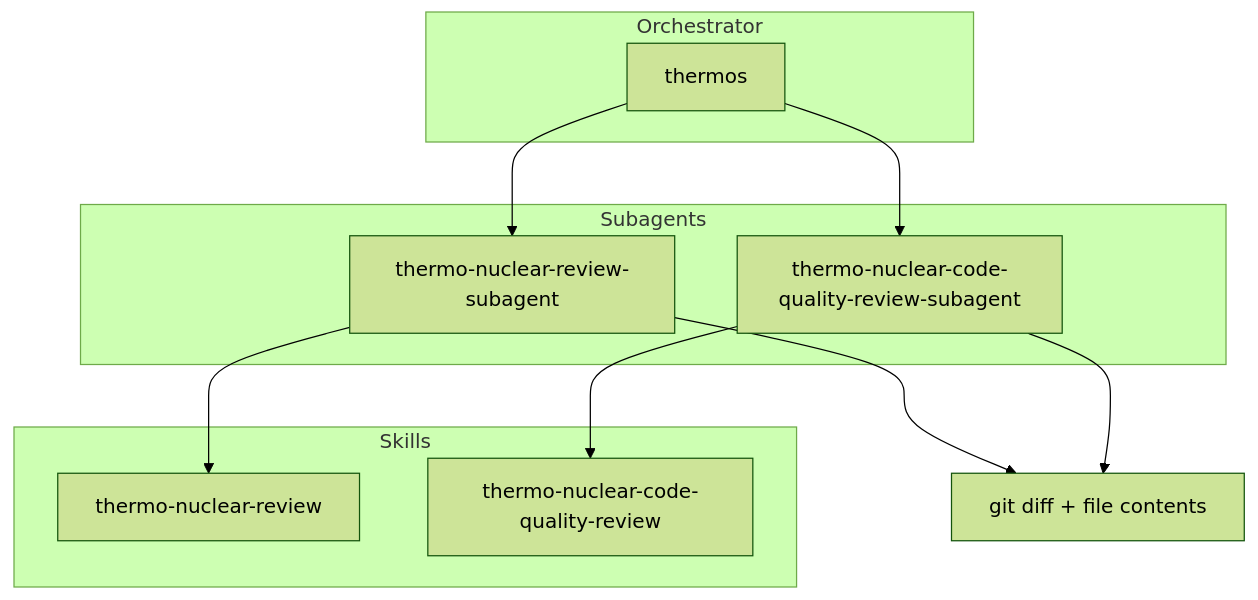
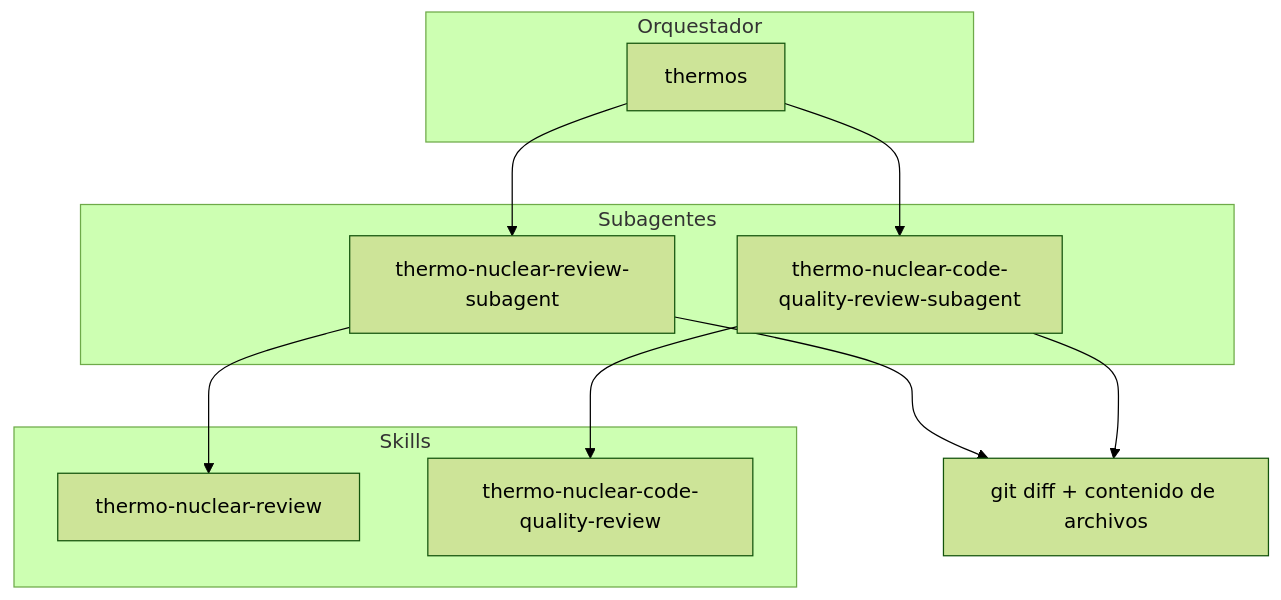
Before and after one commit to Jmezas/claude-mods: the diagram in thermos/README.md, drawn with Mermaid (forest theme). The commit also changed other lines of this file and 16 other files, not shown here.

````diff
--- a/thermos/README.md
+++ b/thermos/README.md
@@ -25,25 +25,25 @@
 ```mermaid
 flowchart TB
-  subgraph L2["Orchestrator"]
+  subgraph L2["Orquestador"]
     TH[thermos]
   end
 
-  subgraph L1["Subagents"]
+  subgraph L1["Subagentes"]
     SNR[thermo-nuclear-review-subagent]
     SNCQ[thermo-nuclear-code-quality-review-subagent]
   end
 
-  DIFF[git diff + file contents]
+  DIFF[git diff + contenido de archivos]
 
   subgraph L0["Skills"]
     TNR[thermo-nuclear-review]
     TNCQ[thermo-nuclear-code-quality-review]
   end
 
   TH --> SNR
   TH --> SNCQ
   SNR --> TNR
   SNR --> DIFF
   SNCQ --> TNCQ
   SNCQ --> DIFF
 ```
````
